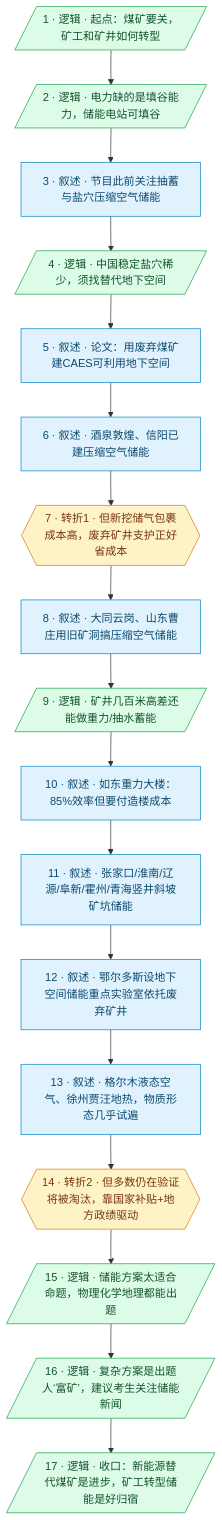
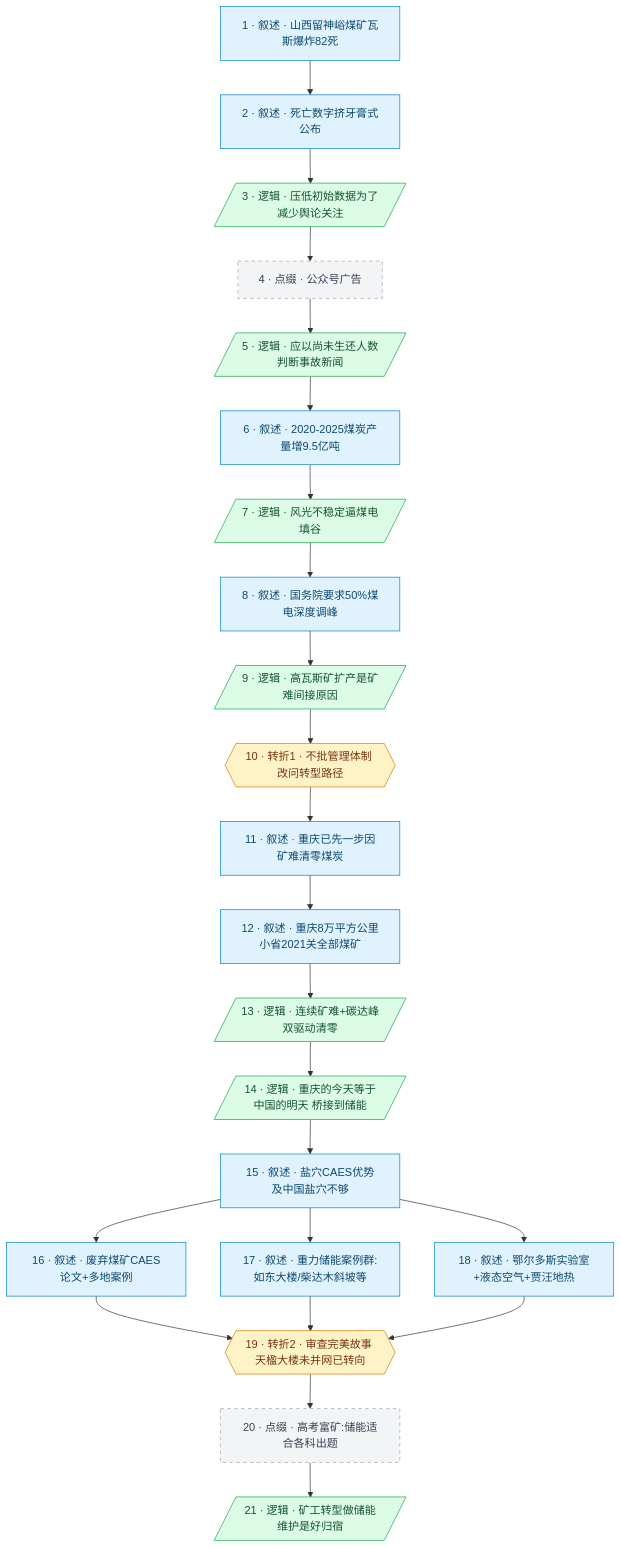
One commit to liusining/mdg-media-skills changed the diagram in btnews/1001_1100/btnews_1060.madugong-analysis.md. Above: the diagram before and after it, drawn with Mermaid. The commit also changed other lines of this file and 3 other files, not shown here.

````diff
--- a/btnews/1001_1100/btnews_1060.madugong-analysis.md
+++ b/btnews/1001_1100/btnews_1060.madugong-analysis.md
@@ -74,27 +73,39 @@
 ```mermaid
 flowchart TD
     classDef typeA fill:#e0f2fe,stroke:#0284c7,color:#0c4a6e
     classDef typeB fill:#dcfce7,stroke:#16a34a,color:#14532d
     classDef typeC fill:#f3f4f6,stroke:#9ca3af,color:#374151,stroke-dasharray:5 5
     classDef typeD fill:#fef3c7,stroke:#d97706,color:#78350f
 
-    1[/"1 · 逻辑 · 起点：煤矿要关，矿工和矿井如何转型"/]:::typeB
-    2[/"2 · 逻辑 · 电力缺的是填谷能力，储能电站可填谷"/]:::typeB
-    3["3 · 叙述 · 节目此前关注抽蓄与盐穴压缩空气储能"]:::typeA
-    4[/"4 · 逻辑 · 中国稳定盐穴稀少，须找替代地下空间"/]:::typeB
-    5["5 · 叙述 · 论文：用废弃煤矿建CAES可利用地下空间"]:::typeA
-    6["6 · 叙述 · 酒泉敦煌、信阳已建压缩空气储能"]:::typeA
-    7{{"7 · 转折1 · 但新挖储气包裹成本高，废弃矿井支护正好省成本"}}:::typeD
-    8["8 · 叙述 · 大同云岗、山东曹庄用旧矿洞搞压缩空气储能"]:::typeA
-    9[/"9 · 逻辑 · 矿井几百米高差还能做重力/抽水蓄能"/]:::typeB
-    10["10 · 叙述 · 如东重力大楼：85%效率但要付造楼成本"]:::typeA
-    11["11 · 叙述 · 张家口/淮南/辽源/阜新/霍州/青海竖井斜坡矿坑储能"]:::typeA
-    12["12 · 叙述 · 鄂尔多斯设地下空间储能重点实验室依托废弃矿井"]:::typeA
-    13["13 · 叙述 · 格尔木液态空气、徐州贾汪地热，物质形态几乎试遍"]:::typeA
-    14{{"14 · 转折2 · 但多数仍在验证将被淘汰，靠国家补贴+地方政绩驱动"}}:::typeD
-    15[/"15 · 逻辑 · 储能方案太适合命题，物理化学地理都能出题"/]:::typeB
-    16[/"16 · 逻辑 · 复杂方案是出题人‘富矿’，建议考生关注储能新闻"/]:::typeB
-    17[/"17 · 逻辑 · 收口：新能源替代煤矿是进步，矿工转型储能是好归宿"/]:::typeB
+    1["1 · 叙述 · 山西留神峪煤矿瓦斯爆炸82死"]:::typeA
+    2["2 · 叙述 · 死亡数字挤牙膏式公布"]:::typeA
+    3[/"3 · 逻辑 · 压低初始数据为了减少舆论关注"/]:::typeB
+    4["4 · 点缀 · 公众号广告"]:::typeC
+    5[/"5 · 逻辑 · 应以尚未生还人数判断事故新闻"/]:::typeB
+    6["6 · 叙述 · 2020-2025煤炭产量增9.5亿吨"]:::typeA
+    7[/"7 · 逻辑 · 风光不稳定逼煤电填谷"/]:::typeB
+    8["8 · 叙述 · 国务院要求50%煤电深度调峰"]:::typeA
+    9[/"9 · 逻辑 · 高瓦斯矿扩产是矿难间接原因"/]:::typeB
+    10{{"10 · 转折1 · 不批管理体制 改问转型路径"}}:::typeD
+    11["11 · 叙述 · 重庆已先一步因矿难清零煤炭"]:::typeA
+    12["12 · 叙述 · 重庆8万平方公里小省2021关全部煤矿"]:::typeA
+    13[/"13 · 逻辑 · 连续矿难+碳达峰双驱动清零"/]:::typeB
+    14[/"14 · 逻辑 · 重庆的今天等于中国的明天 桥接到储能"/]:::typeB
+    15["15 · 叙述 · 盐穴CAES优势及中国盐穴不够"]:::typeA
+    16["16 · 叙述 · 废弃煤矿CAES论文+多地案例"]:::typeA
+    17["17 · 叙述 · 重力储能案例群:如东大楼/柴达木斜坡等"]:::typeA
+    18["18 · 叙述 · 鄂尔多斯实验室+液态空气+贾汪地热"]:::typeA
+    19{{"19 · 转折2 · 审查完美故事 天楹大楼未并网已转向"}}:::typeD
+    20["20 · 点缀 · 高考富矿:储能适合各科出题"]:::typeC
+    21[/"21 · 逻辑 · 矿工转型做储能维护是好归宿"/]:::typeB
 
-    1 --> 2 --> 3 --> 4 --> 5 --> 6 --> 7 --> 8 --> 9 --> 10 --> 11 --> 12 --> 13 --> 14 --> 15 --> 16 --> 17
+    1 --> 2 --> 3 --> 4 --> 5 --> 6 --> 7 --> 8 --> 9 --> 10
+    10 --> 11 --> 12 --> 13 --> 14 --> 15
+    15 --> 16
+    15 --> 17
+    15 --> 18
+    16 --> 19
+    17 --> 19
+    18 --> 19
+    19 --> 20 --> 21
 ```
````
